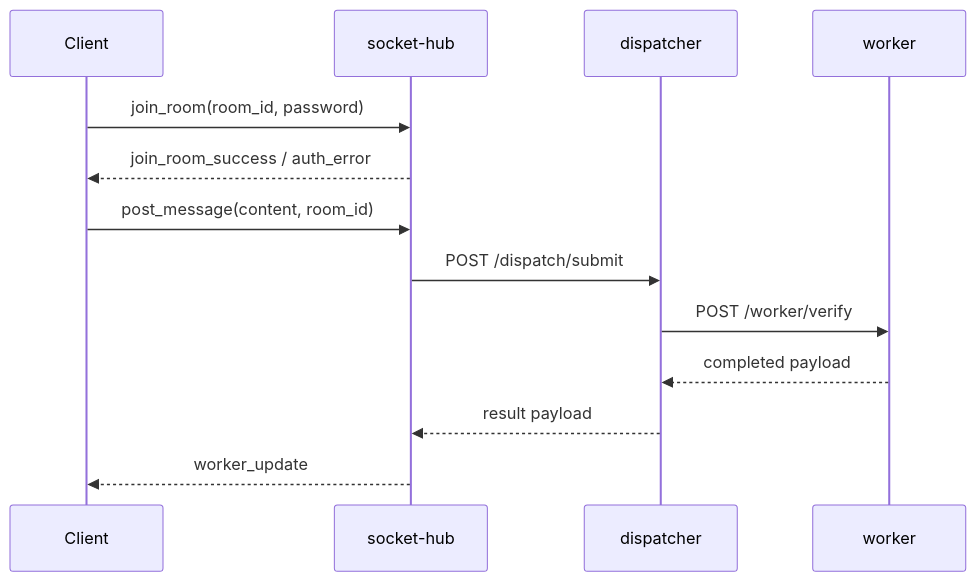
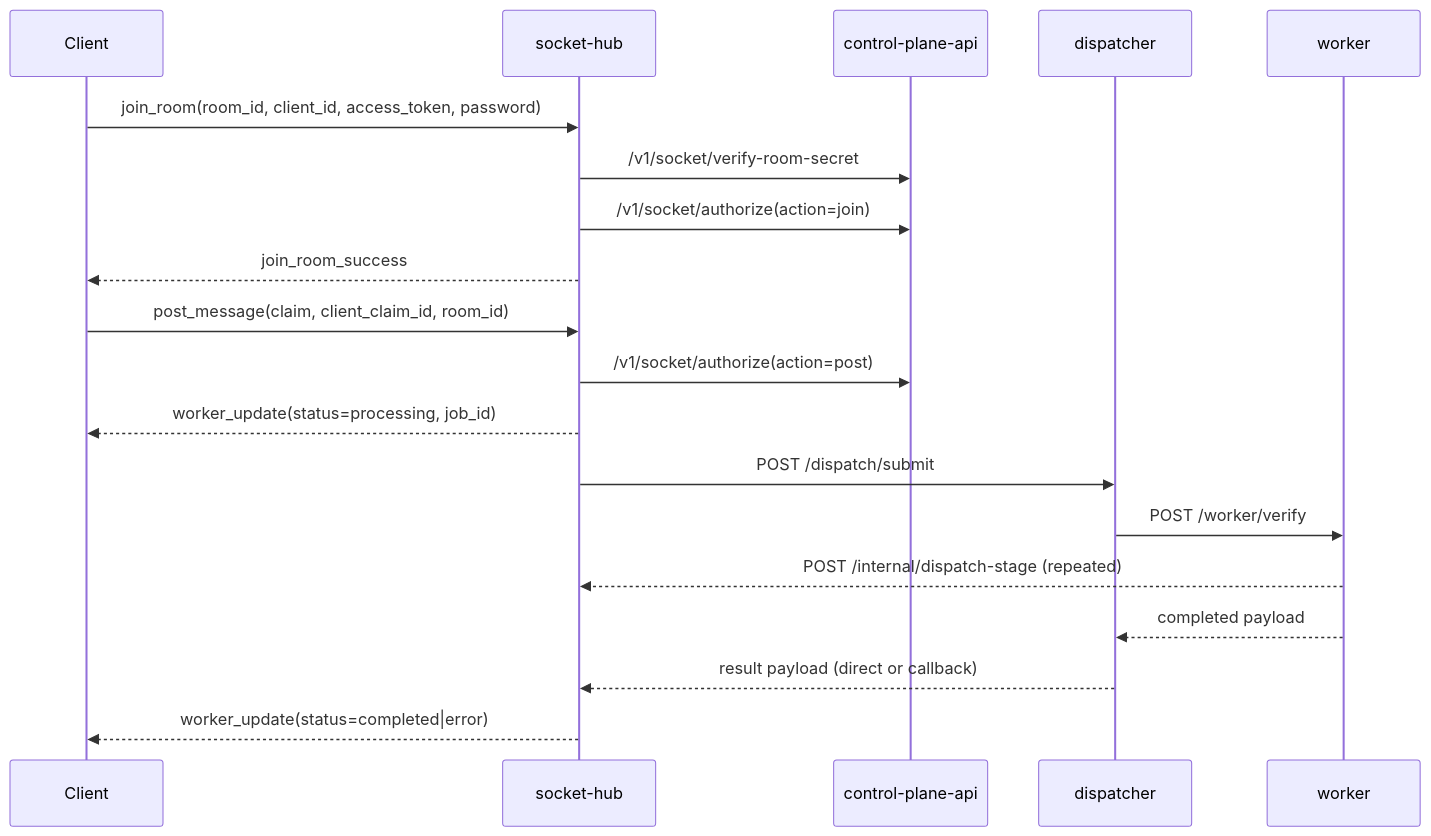
Before and after one commit to Luxia-AI/docs: the diagram in request-lifecycle.md, drawn with Mermaid. The commit also changed other lines of this file and 11 other files, not shown here.

````diff
--- a/request-lifecycle.md
+++ b/request-lifecycle.md
@@ -7,16 +7,24 @@
 ```mermaid
 sequenceDiagram
   participant C as Client
-  participant S as socket-hub
-  participant D as dispatcher
-  participant W as worker
+  participant SH as socket-hub
+  participant CP as control-plane-api
+  participant DP as dispatcher
+  participant WK as worker
 
-  C->>S: join_room(room_id, password)
-  S-->>C: join_room_success / auth_error
-  C->>S: post_message(content, room_id)
-  S->>D: POST /dispatch/submit
-  D->>W: POST /worker/verify
-  W-->>D: completed payload
-  D-->>S: result payload
-  S-->>C: worker_update
+  C->>SH: join_room(room_id, client_id, access_token, password)
+  SH->>CP: /v1/socket/verify-room-secret
+  SH->>CP: /v1/socket/authorize(action=join)
+  SH-->>C: join_room_success
+
+  C->>SH: post_message(claim, client_claim_id, room_id)
+  SH->>CP: /v1/socket/authorize(action=post)
+  SH-->>C: worker_update(status=processing, job_id)
+
+  SH->>DP: POST /dispatch/submit
+  DP->>WK: POST /worker/verify
+  WK-->>SH: POST /internal/dispatch-stage (repeated)
+  WK-->>DP: completed payload
+  DP-->>SH: result payload (direct or callback)
+  SH-->>C: worker_update(status=completed|error)
 ```
````
